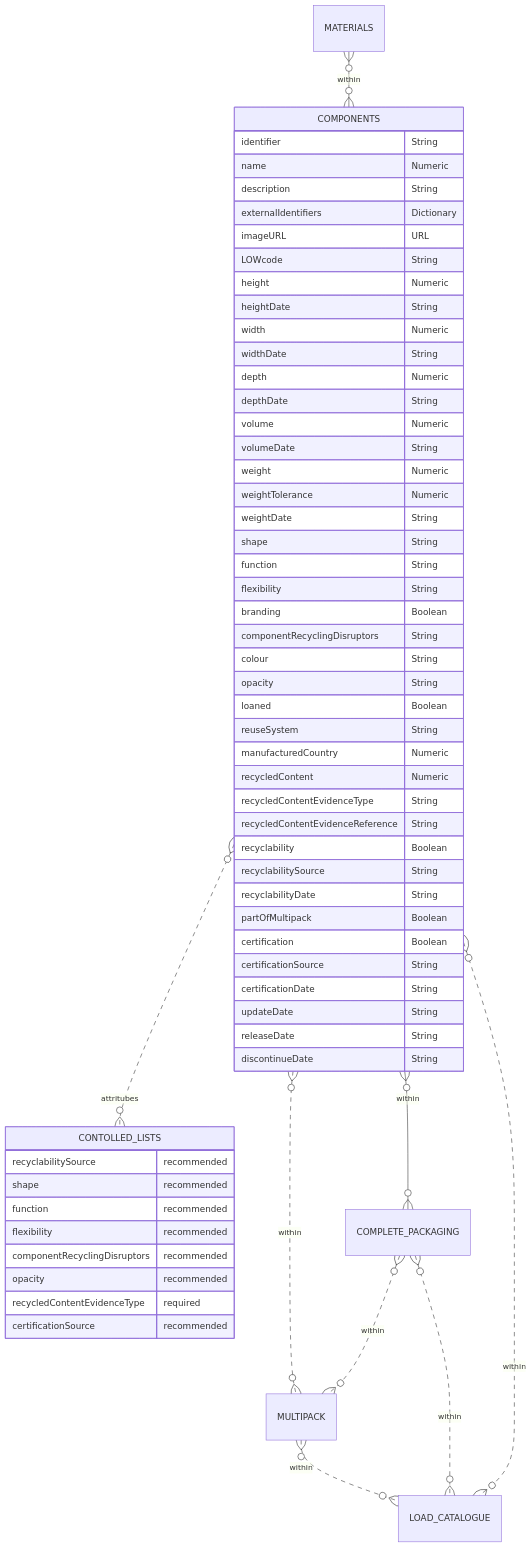
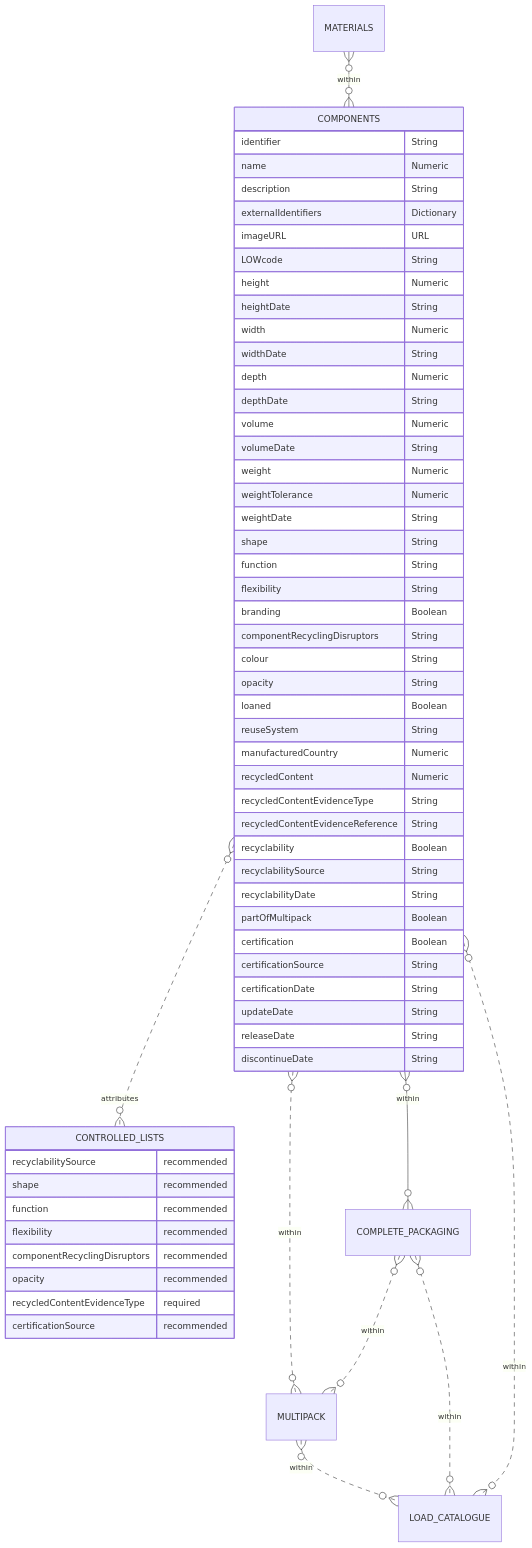
Before and after one commit to OpenDataManchester/Open3P: the diagram in docs/3_Data_Specification/3_3_Components.md, drawn with Mermaid. The commit also changed 4 other files, not shown here.

````diff
--- a/docs/3_Data_Specification/3_3_Components.md
+++ b/docs/3_Data_Specification/3_3_Components.md
@@ -57,63 +57,63 @@
 ``` mermaid
 erDiagram
 MATERIALS }o--o{ COMPONENTS : within
   COMPONENTS {
     identifier String
     name Numeric
     description String
     externalIdentifiers Dictionary
     imageURL URL
     LOWcode String
     height Numeric
     heightDate String
     width Numeric
     widthDate String
     depth Numeric
     depthDate String
     volume Numeric
     volumeDate String
     weight Numeric
     weightTolerance Numeric
     weightDate String
     shape String
     function String
     flexibility String
     branding Boolean
     componentRecyclingDisruptors String
     colour String
     opacity String
     loaned Boolean
     reuseSystem String
     manufacturedCountry Numeric
     recycledContent Numeric
     recycledContentEvidenceType String
     recycledContentEvidenceReference String
     recyclability Boolean
     recyclabilitySource String
     recyclabilityDate String
     partOfMultipack Boolean
     certification Boolean
     certificationSource String
     certificationDate String
     updateDate String
     releaseDate String
     discontinueDate String
   }
-  COMPONENTS }o..o{ CONTOLLED_LISTS : attritubes
+  COMPONENTS }o..o{ CONTROLLED_LISTS : attributes
   COMPONENTS }o--o{ COMPLETE_PACKAGING : within
   COMPONENTS }o..o{ MULTIPACK : within
   MULTIPACK }o..o{ LOAD_CATALOGUE : within
   COMPLETE_PACKAGING }o..o{ MULTIPACK : within
   COMPLETE_PACKAGING }o..o{ LOAD_CATALOGUE : within
   COMPONENTS }o..o{ LOAD_CATALOGUE : within
-    CONTOLLED_LISTS {
+    CONTROLLED_LISTS {
     recyclabilitySource recommended
     shape recommended
     function recommended
     flexibility recommended
     componentRecyclingDisruptors recommended
     opacity recommended
     recycledContentEvidenceType required
     certificationSource recommended
   }
 ```
````
